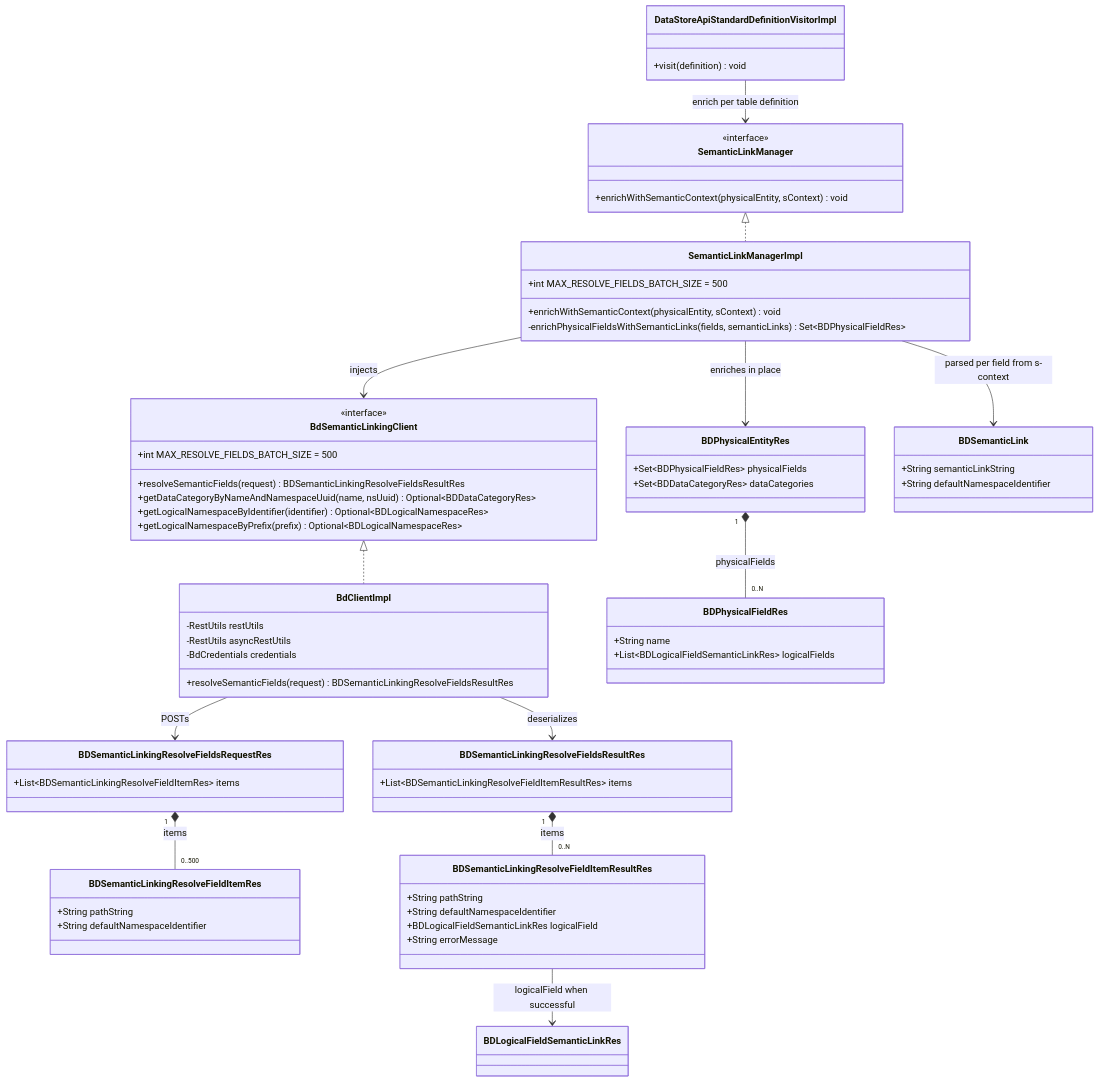
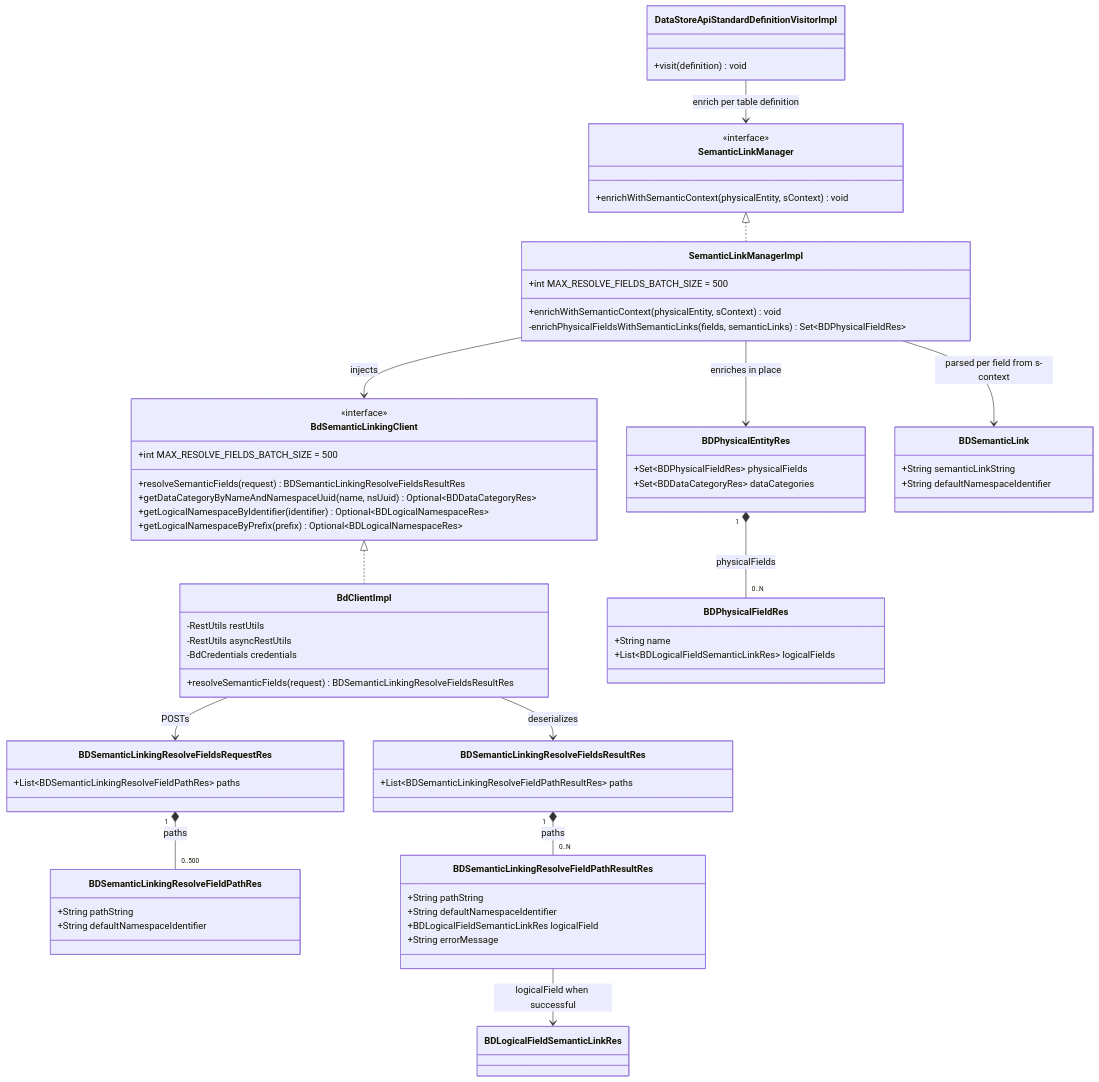
One commit to opendatamesh-initiative/odm-platform-adapter-observer-blindata changed the diagram in spdd/prompt/BDMD-5296-202608281243-[Feat]-observer-bulk-semantic-field-resolve.md. Above: the diagram before and after it, drawn with Mermaid. The commit also changed other lines of this file and 11 other files, not shown here.

````diff
--- a/spdd/prompt/BDMD-5296-202608281243-[Feat]-observer-bulk-semantic-field-resolve.md
+++ b/spdd/prompt/BDMD-5296-202608281243-[Feat]-observer-bulk-semantic-field-resolve.md
@@ -149,19 +149,19 @@
 }
 
 class BDSemanticLinkingResolveFieldsRequestRes {
-    +List~BDSemanticLinkingResolveFieldItemRes~ items
+    +List~BDSemanticLinkingResolveFieldPathRes~ paths
 }
 
-class BDSemanticLinkingResolveFieldItemRes {
+class BDSemanticLinkingResolveFieldPathRes {
     +String pathString
     +String defaultNamespaceIdentifier
 }
 
 class BDSemanticLinkingResolveFieldsResultRes {
-    +List~BDSemanticLinkingResolveFieldItemResultRes~ items
+    +List~BDSemanticLinkingResolveFieldPathResultRes~ paths
 }
 
-class BDSemanticLinkingResolveFieldItemResultRes {
+class BDSemanticLinkingResolveFieldPathResultRes {
     +String pathString
     +String defaultNamespaceIdentifier
     +BDLogicalFieldSemanticLinkRes logicalField
@@ -194,9 +194,9 @@
 SemanticLinkManagerImpl --> BDPhysicalEntityRes : enriches in place
 BdClientImpl --> BDSemanticLinkingResolveFieldsRequestRes : POSTs
 BdClientImpl --> BDSemanticLinkingResolveFieldsResultRes : deserializes
-BDSemanticLinkingResolveFieldsRequestRes "1" *-- "0..500" BDSemanticLinkingResolveFieldItemRes : items
-BDSemanticLinkingResolveFieldsResultRes "1" *-- "0..N" BDSemanticLinkingResolveFieldItemResultRes : items
-BDSemanticLinkingResolveFieldItemResultRes --> BDLogicalFieldSemanticLinkRes : logicalField when successful
+BDSemanticLinkingResolveFieldsRequestRes "1" *-- "0..500" BDSemanticLinkingResolveFieldPathRes : paths
+BDSemanticLinkingResolveFieldsResultRes "1" *-- "0..N" BDSemanticLinkingResolveFieldPathResultRes : paths
+BDSemanticLinkingResolveFieldPathResultRes --> BDLogicalFieldSemanticLinkRes : logicalField when successful
 BDPhysicalEntityRes "1" *-- "0..N" BDPhysicalFieldRes : physicalFields
 SemanticLinkManagerImpl --> BDSemanticLink : parsed per field from s-context
 ```
````
